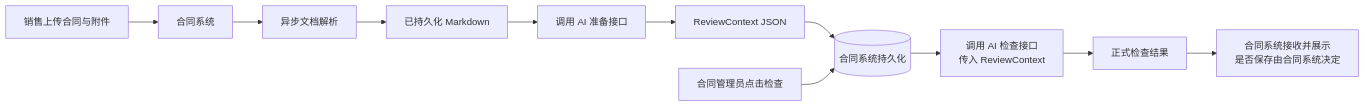
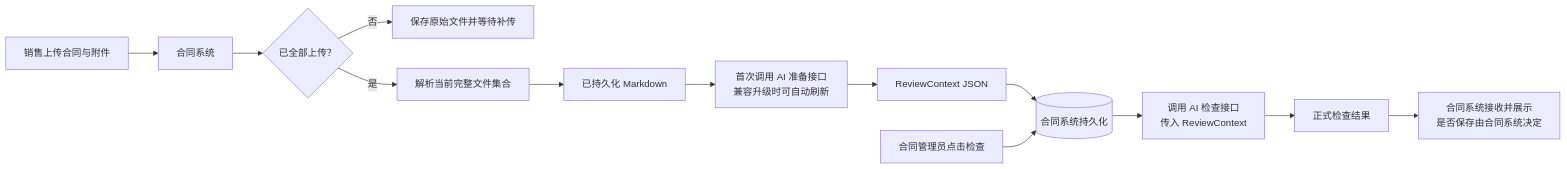
Before and after one commit to wxflyww/ltc_ai: the diagram in docs/superpowers/specs/2026-07-28-contract-review-two-stage-upgrade-draft.md, drawn with Mermaid. The commit also changed other lines of this file and 33 other files, not shown here.

````diff
--- a/docs/superpowers/specs/2026-07-28-contract-review-two-stage-upgrade-draft.md
+++ b/docs/superpowers/specs/2026-07-28-contract-review-two-stage-upgrade-draft.md
@@ -53,13 +55,15 @@
 ```mermaid
 flowchart LR
     S["销售上传合同与附件"] --> C["合同系统"]
-    C --> P["异步文档解析"]
+    C --> U{"已全部上传？"}
+    U -- "否" --> W["保存原始文件并等待补传"]
+    U -- "是" --> P["解析当前完整文件集合"]
     P --> M["已持久化 Markdown"]
-    M --> PA["调用 AI 准备接口"]
+    M --> PA["首次调用 AI 准备接口\n兼容升级时可自动刷新"]
     PA --> RC["ReviewContext JSON"]
     RC --> CS[("合同系统持久化")]
     A["合同管理员点击检查"] --> CS
     CS --> RA["调用 AI 检查接口\n传入 ReviewContext"]
     RA --> RR["正式检查结果"]
     RR --> C2["合同系统接收并展示\n是否保存由合同系统决定"]
 ```
````
